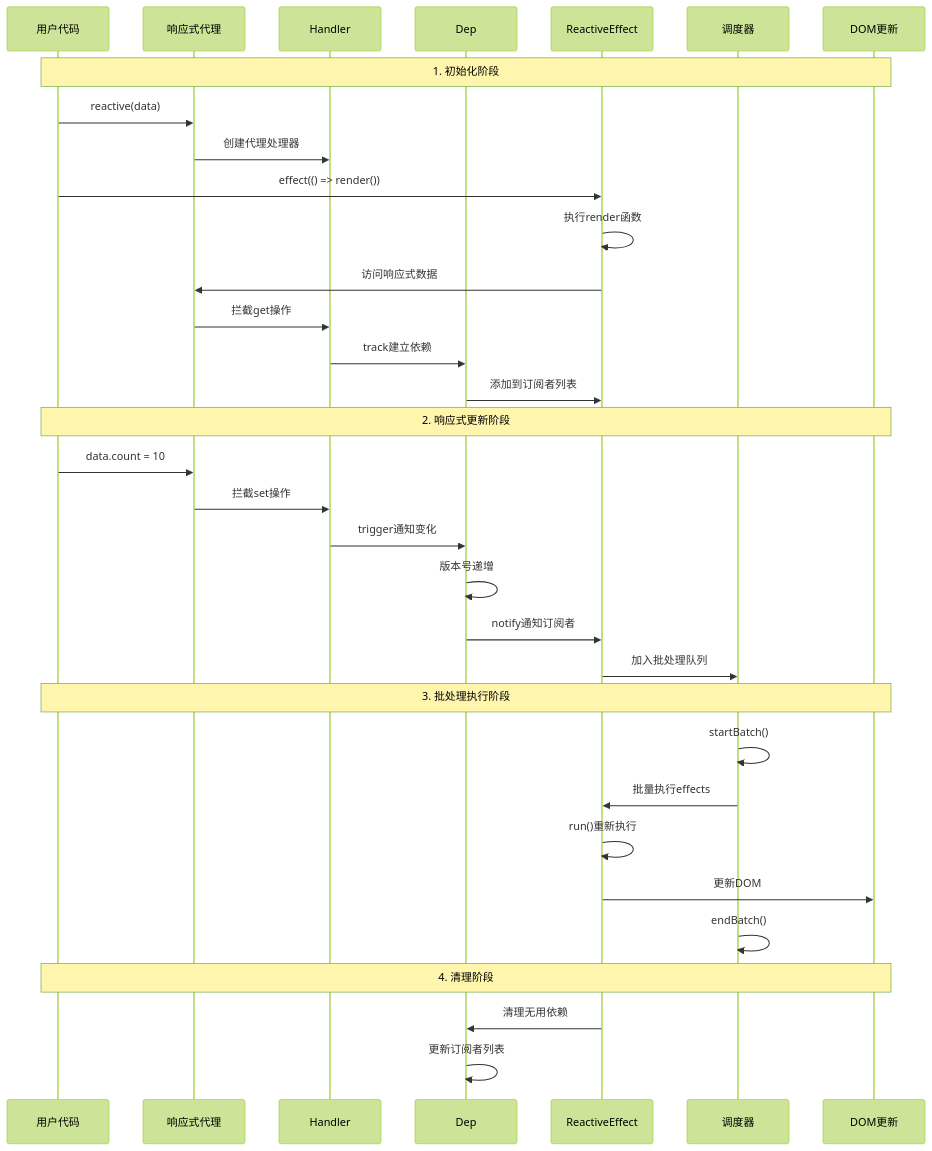
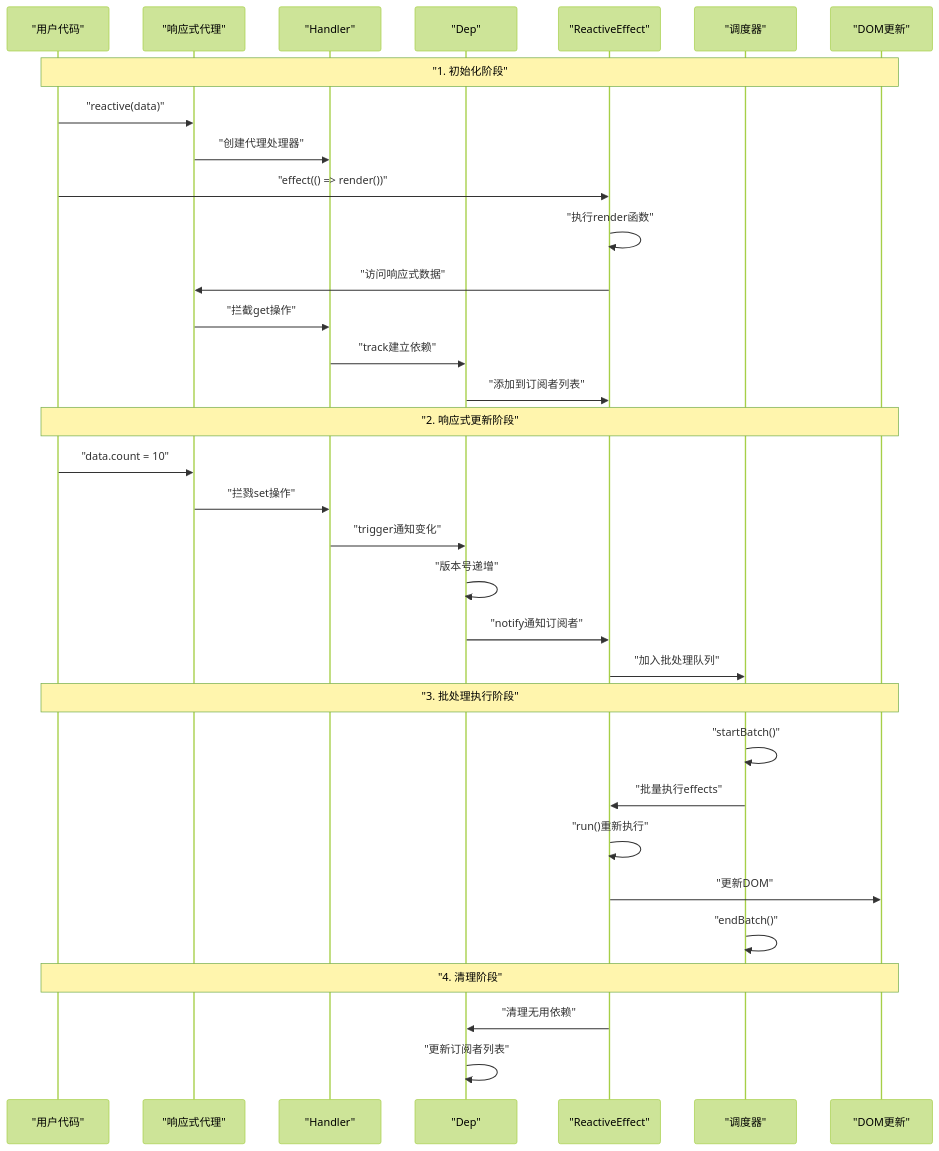
One commit to JZH189/vue3 changed the ninth of 9 diagrams in analysis/Vue3响应式系统详细调用流程图.md. Above: the diagram before and after it, drawn with Mermaid (forest theme). The commit also changed 1 other file, not shown here.

Commit message:
docs: 文档更新

````diff
--- a/analysis/Vue3响应式系统详细调用流程图.md
+++ b/analysis/Vue3响应式系统详细调用流程图.md
@@ -310,41 +310,41 @@
 ```mermaid
 sequenceDiagram
-    participant User as 用户代码
-    participant Proxy as 响应式代理
-    participant Handler as Handler
-    participant Dep as Dep
-    participant Effect as ReactiveEffect
-    participant Scheduler as 调度器
-    participant DOM as DOM更新
+    participant User as "用户代码"
+    participant Proxy as "响应式代理"
+    participant Handler as "Handler"
+    participant Dep as "Dep"
+    participant Effect as "ReactiveEffect"
+    participant Scheduler as "调度器"
+    participant DOM as "DOM更新"
 
-    Note over User,DOM: 1. 初始化阶段
-    User->>Proxy: reactive(data)
-    Proxy->>Handler: 创建代理处理器
+    Note over User,DOM: "1. 初始化阶段"
+    User->>Proxy: "reactive(data)"
+    Proxy->>Handler: "创建代理处理器"
 
-    User->>Effect: effect(() => render())
-    Effect->>Effect: 执行render函数
-    Effect->>Proxy: 访问响应式数据
-    Proxy->>Handler: 拦截get操作
-    Handler->>Dep: track建立依赖
-    Dep->>Effect: 添加到订阅者列表
+    User->>Effect: "effect(() => render())"
+    Effect->>Effect: "执行render函数"
+    Effect->>Proxy: "访问响应式数据"
+    Proxy->>Handler: "拦截get操作"
+    Handler->>Dep: "track建立依赖"
+    Dep->>Effect: "添加到订阅者列表"
 
-    Note over User,DOM: 2. 响应式更新阶段
-    User->>Proxy: data.count = 10
-    Proxy->>Handler: 拦截set操作
-    Handler->>Dep: trigger通知变化
-    Dep->>Dep: 版本号递增
+    Note over User,DOM: "2. 响应式更新阶段"
+    User->>Proxy: "data.count = 10"
+    Proxy->>Handler: "拦戮set操作"
+    Handler->>Dep: "trigger通知变化"
+    Dep->>Dep: "版本号递增"
 
-    Dep->>Effect: notify通知订阅者
-    Effect->>Scheduler: 加入批处理队列
+    Dep->>Effect: "notify通知订阅者"
+    Effect->>Scheduler: "加入批处理队列"
 
-    Note over User,DOM: 3. 批处理执行阶段
-    Scheduler->>Scheduler: startBatch()
-    Scheduler->>Effect: 批量执行effects
-    Effect->>Effect: run()重新执行
-    Effect->>DOM: 更新DOM
-    Scheduler->>Scheduler: endBatch()
+    Note over User,DOM: "3. 批处理执行阶段"
+    Scheduler->>Scheduler: "startBatch()"
+    Scheduler->>Effect: "批量执行effects"
+    Effect->>Effect: "run()重新执行"
+    Effect->>DOM: "更新DOM"
+    Scheduler->>Scheduler: "endBatch()"
 
-    Note over User,DOM: 4. 清理阶段
-    Effect->>Dep: 清理无用依赖
-    Dep->>Dep: 更新订阅者列表
+    Note over User,DOM: "4. 清理阶段"
+    Effect->>Dep: "清理无用依赖"
+    Dep->>Dep: "更新订阅者列表"
 ```
````
